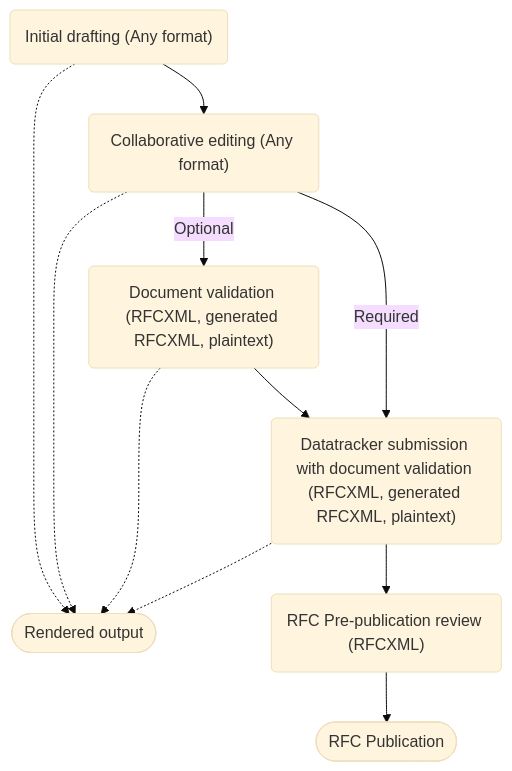
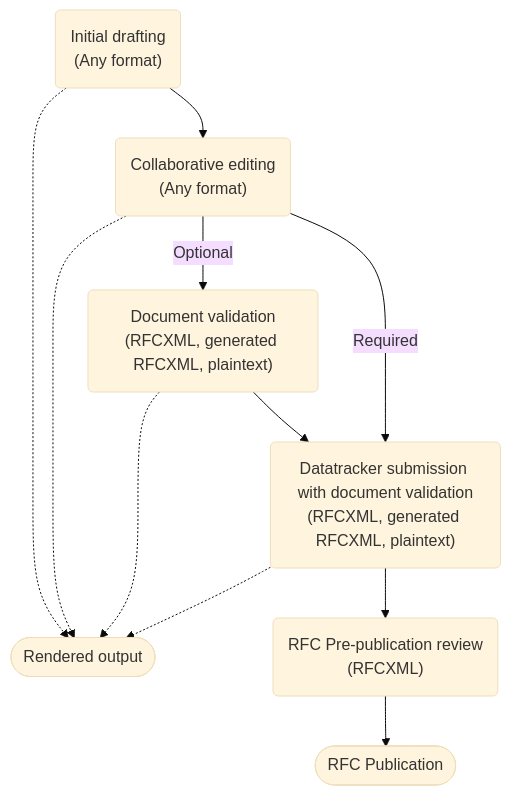
One commit to ietf/authors.ietf.org changed the diagram in choosing-a-format-and-tools.md. Above: the diagram before and after it, drawn with Mermaid (base theme). The commit also changed other lines of this file, not shown here.

Commit message:
docs: update choosing-a-format-and-tools

````diff
--- a/choosing-a-format-and-tools.md
+++ b/choosing-a-format-and-tools.md
@@ -26,13 +26,13 @@
 ```mermaid
 graph TD  
-  A("Initial drafting (Any format)") --> B("Collaborative editing (Any format)")
+  A("Initial drafting<br/>(Any format)") --> B("Collaborative editing<br/>(Any format)")
   A -.-> D
   B -.-> D
-  B -- Optional --> C("Document validation (RFCXML, generated RFCXML, plaintext)")
+  B -- Optional --> C("Document validation<br/>(RFCXML, generated RFCXML, plaintext)")
   C -.-> D([Rendered output])
-  C --> E("Datatracker submission with document validation (RFCXML, generated RFCXML, plaintext)")
+  C --> E("Datatracker submission with document validation<br/>(RFCXML, generated RFCXML, plaintext)")
   E -.-> D
   B -- Required --> E
-  E --> F("RFC Pre-publication review (RFCXML)")
+  E --> F("RFC Pre-publication review<br/>(RFCXML)")
   F --> G([RFC Publication])
 ```
````
